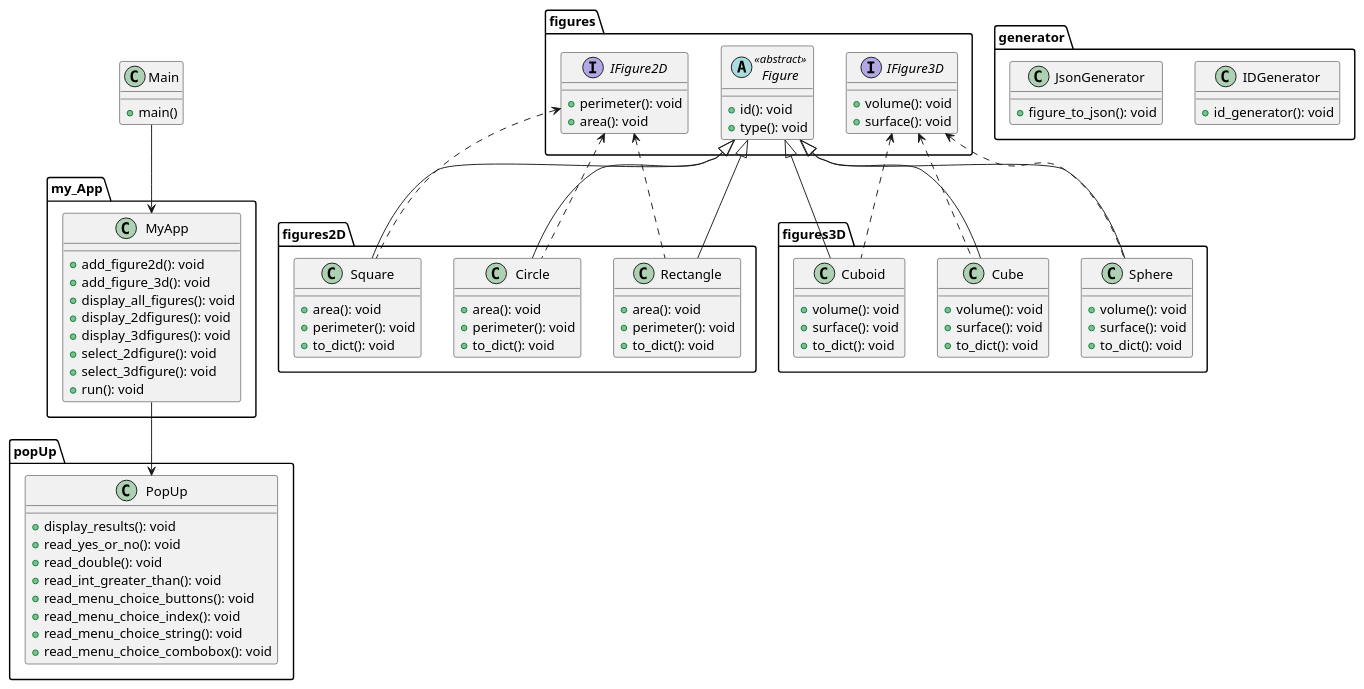
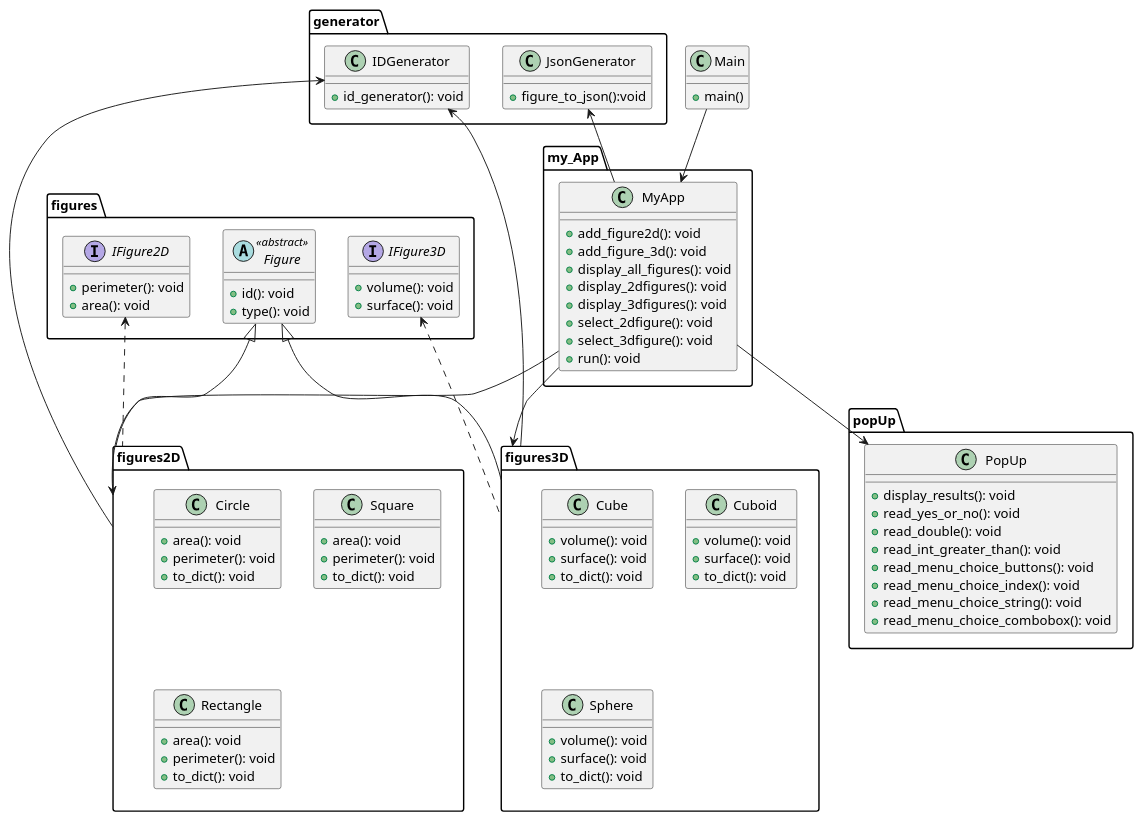
Before and after one commit to vso023/TALLER-FIGURAS: the diagram in diagrama_clases.puml, drawn with PlantUML. The commit also changed 19 other files, not shown here.

Commit message:
se cambia diagrama clases

```diff
--- a/diagrama_clases.puml
+++ b/diagrama_clases.puml
@@ -1,118 +1,123 @@
 @startuml
 
-namespace figures{
+namespace figures {
 abstract class Figure <<abstract>> {
     +id(): void
     +type(): void
 }
 
 ' Producto abstracto
 interface IFigure2D {
     +perimeter(): void
     +area(): void
 }
 
 ' Producto abstracto
 interface IFigure3D {
     +volume(): void
     +surface(): void
 }
 }
 
-namespace figures2D{
+namespace figures2D {
 ' Creadores concretos
 class Circle {
     +area(): void
     +perimeter(): void
     +to_dict(): void
 }
 
 class Square {
     +area(): void
     +perimeter(): void
     +to_dict(): void
 }
 
 class Rectangle {
     +area(): void
     +perimeter(): void
     +to_dict(): void
 }
 }
 
 namespace figures3D {
 class Cube {
     +volume(): void
     +surface(): void
     +to_dict(): void
 }
 
 class Cuboid {
     +volume(): void
     +surface(): void
     +to_dict(): void
 }
 
 class Sphere {
     +volume(): void
     +surface(): void
     +to_dict(): void
 }
 }
 
-namespace generator{
+namespace generator {
 class IDGenerator {
     +id_generator(): void
 }
-
-class JsonGenerator {
-    +figure_to_json(): void
+class JsonGenerator{
+    +figure_to_json():void
 }
 }
 
-namespace my_App{
+namespace my_App {
 class MyApp {
     +add_figure2d(): void
     +add_figure_3d(): void
     +display_all_figures(): void
     +display_2dfigures(): void
     +display_3dfigures(): void
     +select_2dfigure(): void
     +select_3dfigure(): void
     +run(): void
 }
 }
 
-namespace popUp{
+namespace popUp {
 class PopUp {
     +display_results(): void
     +read_yes_or_no(): void
     +read_double(): void
     +read_int_greater_than(): void
     +read_menu_choice_buttons(): void
     +read_menu_choice_index(): void
     +read_menu_choice_string(): void
     +read_menu_choice_combobox(): void
-    
 }
 }
 
-class Main{
+class Main {
     +main()
 }
-Figure <|-- Circle
-Figure <|-- Square
-Figure <|-- Rectangle
-Figure <|-- Cube
-Figure <|-- Cuboid
-Figure <|-- Sphere
-IFigure2D <.. Circle
-IFigure2D <.. Square
-IFigure2D <.. Rectangle
-IFigure3D <.. Cube
-IFigure3D <.. Cuboid
-IFigure3D <.. Sphere
+
+Figure <|-- figures2D
+Figure <|-- figures3D
+
+IFigure2D <.. figures2D
+
+IFigure3D <.. figures3D
+
 MyApp --> PopUp
 Main --> MyApp
 
+' Relación de asociación entre IDGenerator y las figuras
+IDGenerator <-- figures2D
+IDGenerator <-- figures3D
+
+JsonGenerator <-- MyApp
+
+MyApp --> figures2D
+MyApp --> figures3D
+
+
+
 @enduml
```
